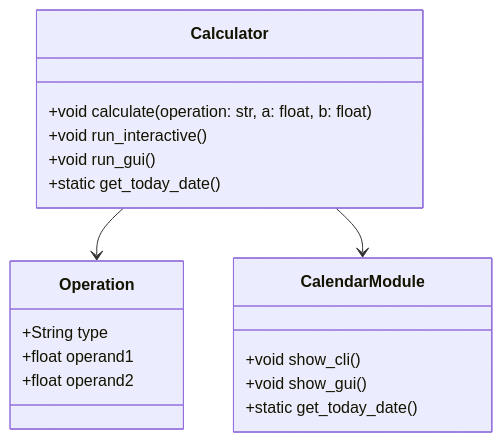
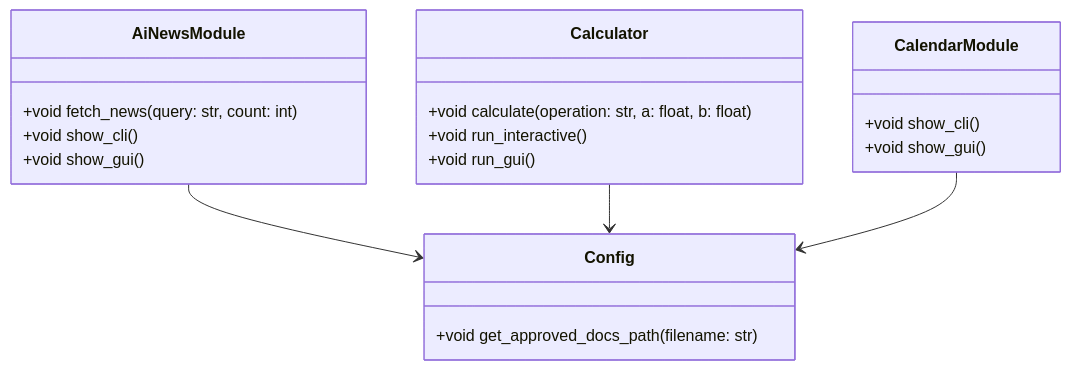
The diagram in docs/add.md (thoaihcmc/docs-pipeline-e2e-test), drawn with Mermaid before and after one commit. The commit also changed other lines of this file and 5 other files, not shown here.

Commit message:
docs: auto-generate FDD, BDD, ADD and diagrams for 951858041d687df93276b05ee9137ac673b80b59

````diff
--- a/docs/add.md
+++ b/docs/add.md
@@ -11,21 +17,23 @@
 ```mermaid
 classDiagram  
+  class AiNewsModule {  
+    +void fetch_news(query: str, count: int)  
+    +void show_cli()  
+    +void show_gui()  
+  }  
   class Calculator {  
     +void calculate(operation: str, a: float, b: float)  
     +void run_interactive()  
     +void run_gui()  
-    +static get_today_date()  
   }  
   class CalendarModule {  
     +void show_cli()  
     +void show_gui()  
-    +static get_today_date()  
   }  
-  class Operation {  
-    +String type  
-    +float operand1  
-    +float operand2  
+  class Config {  
+    +void get_approved_docs_path(filename: str)  
   }  
-  Calculator --> Operation
-  Calculator --> CalendarModule
+  AiNewsModule --> Config  
+  Calculator --> Config  
+  CalendarModule --> Config  
 ```  
````
